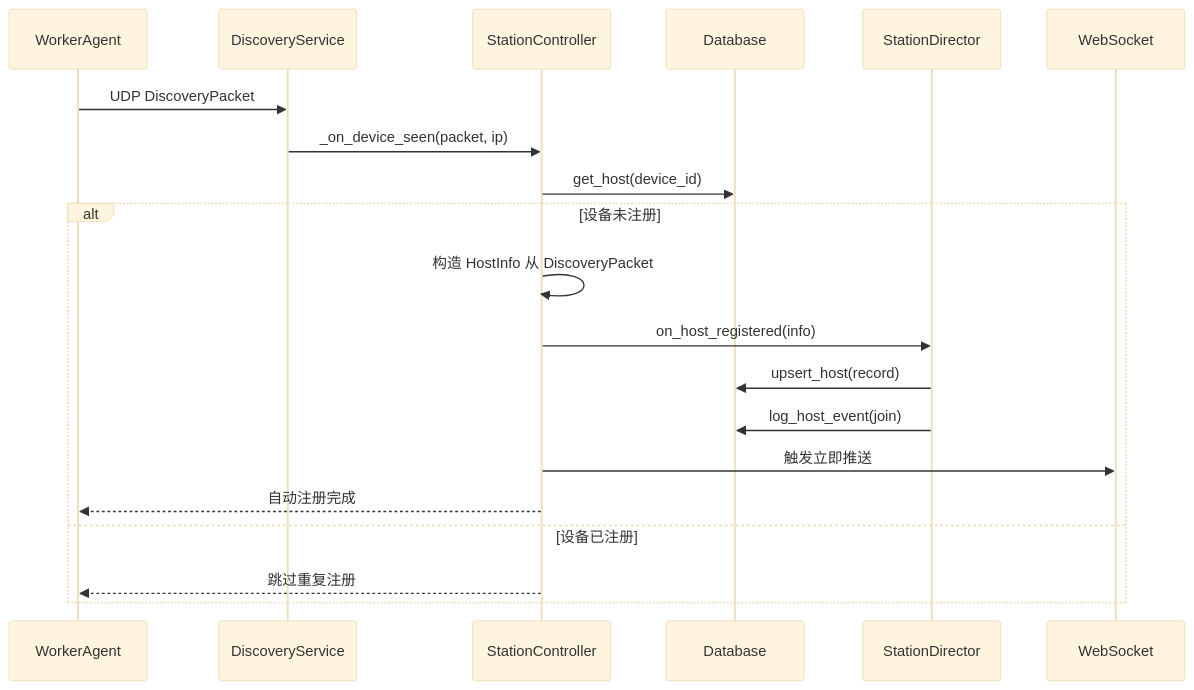
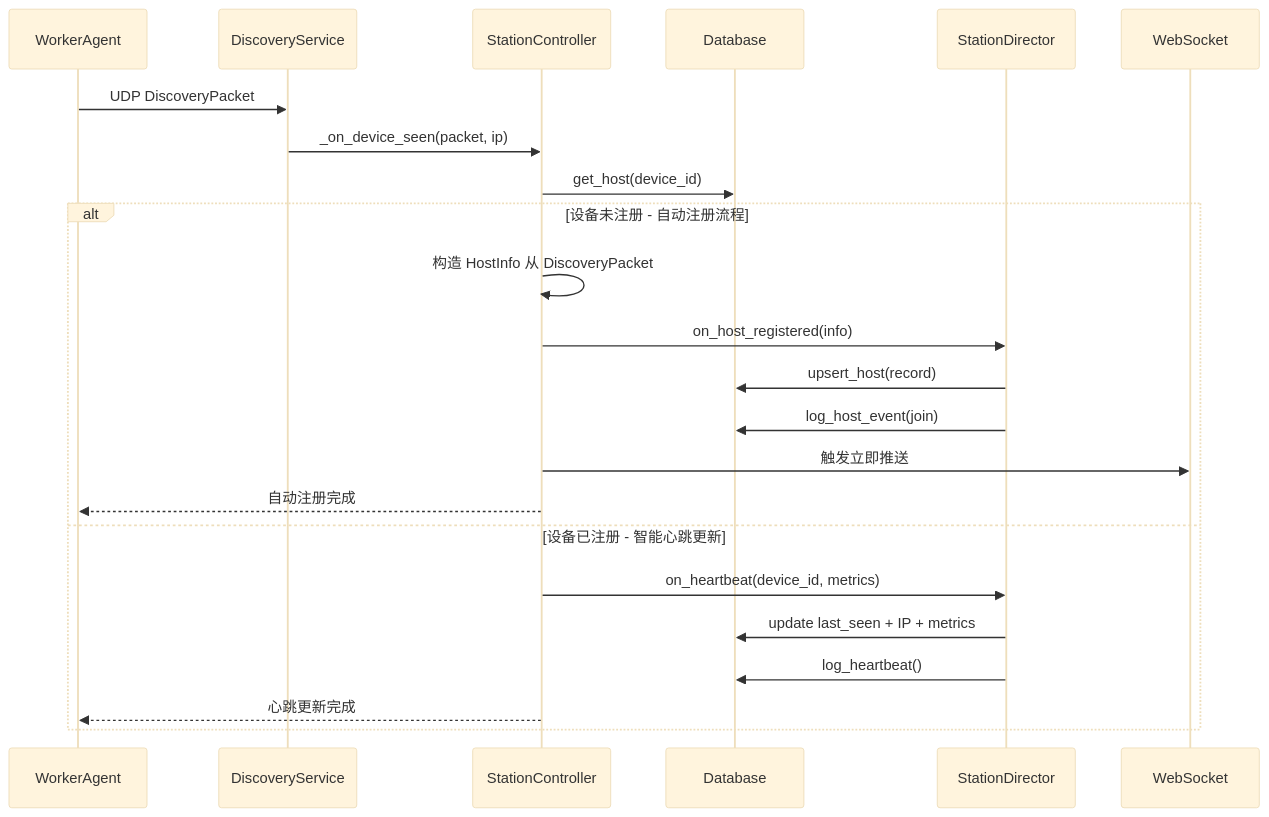
The ninth of 18 diagrams in .qoder/repowiki/zh/content/核心模块/设备发现系统.md (targalian/Personal-distributed-workstation), drawn with Mermaid (base theme) before and after one commit. The commit also changed other lines of this file and 69 other files, not shown here.

````diff
--- a/.qoder/repowiki/zh/content/核心模块/设备发现系统.md
+++ b/.qoder/repowiki/zh/content/核心模块/设备发现系统.md
@@ -537,22 +538,25 @@
 ```mermaid
 sequenceDiagram
 participant Worker as WorkerAgent
 participant DS as DiscoveryService
 participant SC as StationController
 participant DB as Database
 participant SD as StationDirector
 participant WS as WebSocket
 Worker->>DS : UDP DiscoveryPacket
 DS->>SC : _on_device_seen(packet, ip)
 SC->>DB : get_host(device_id)
-alt 设备未注册
+alt 设备未注册 - 自动注册流程
 SC->>SC : 构造 HostInfo 从 DiscoveryPacket
 SC->>SD : on_host_registered(info)
 SD->>DB : upsert_host(record)
 SD->>DB : log_host_event(join)
 SC->>WS : 触发立即推送
 SC-->>Worker : 自动注册完成
-else 设备已注册
-SC-->>Worker : 跳过重复注册
+else 设备已注册 - 智能心跳更新
+SC->>SD : on_heartbeat(device_id, metrics)
+SD->>DB : update last_seen + IP + metrics
+SD->>DB : log_heartbeat()
+SC-->>Worker : 心跳更新完成
 end
 ```
````
